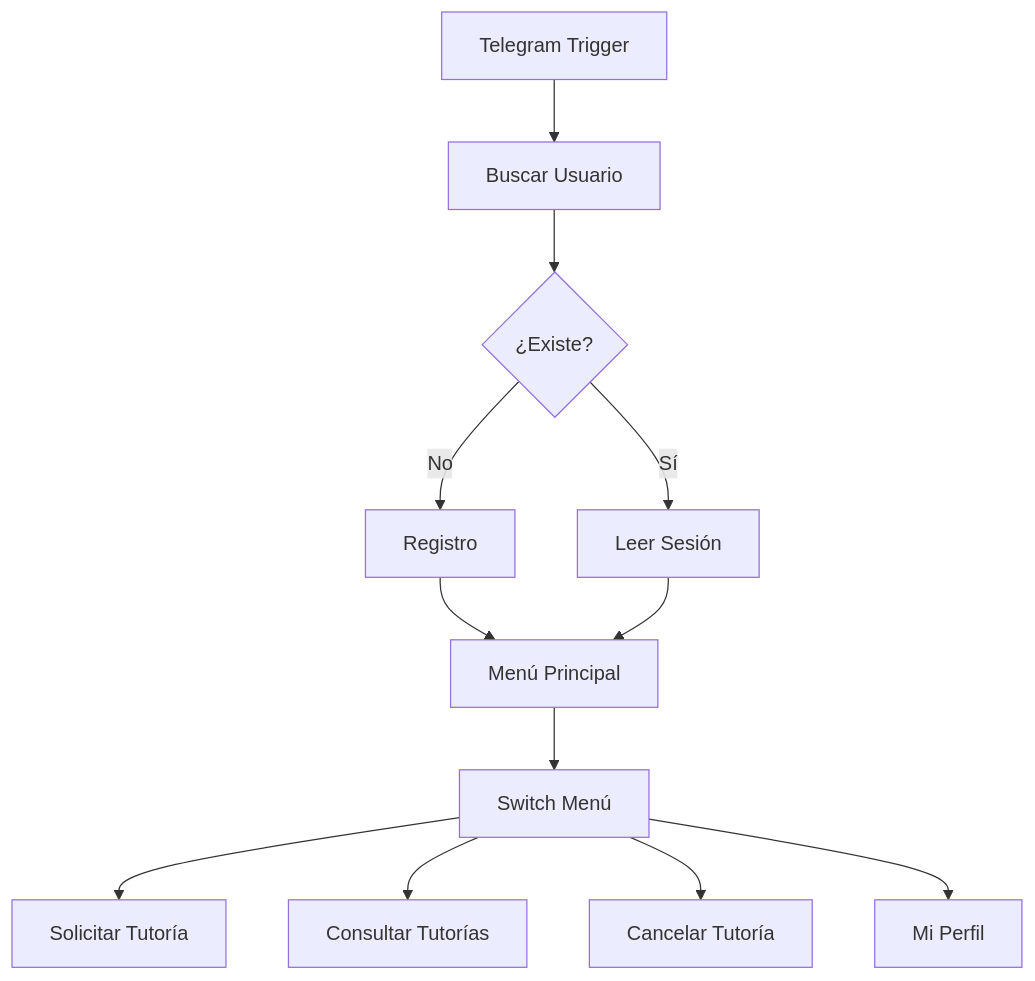
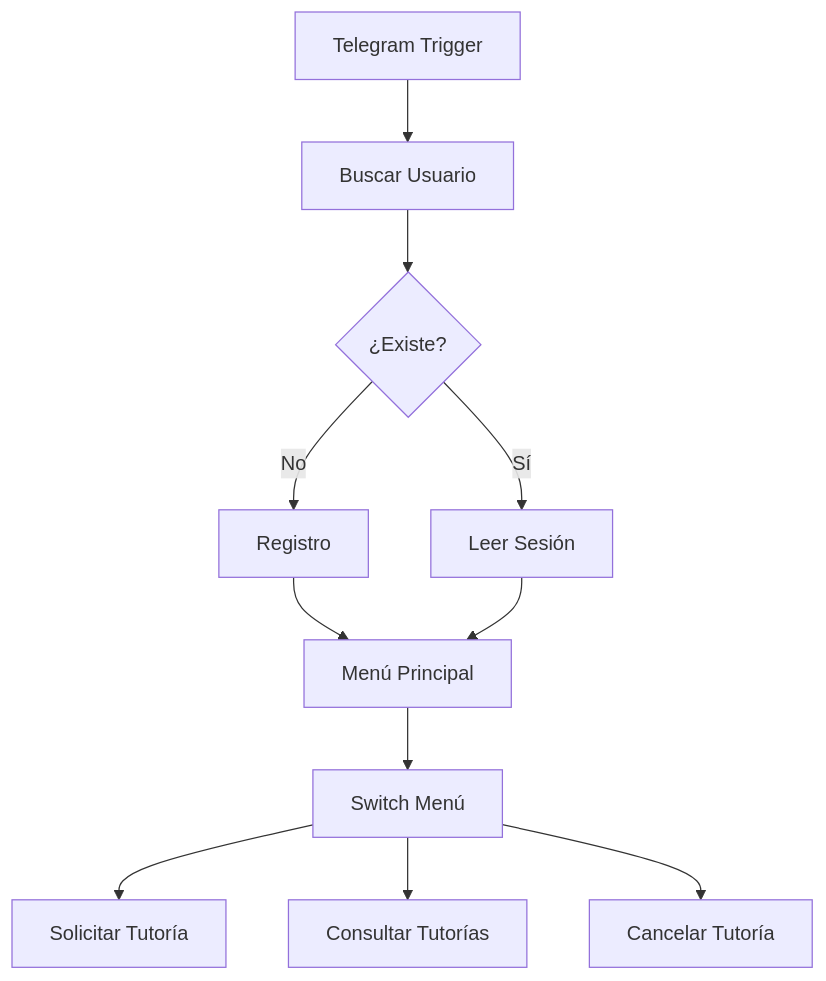
One commit to ixenbrandonestiben-lang/Proyecto_TutorBot_Ixen-Estiben-y-Catu-wilder changed the first of 3 diagrams in README.md. Above: the diagram before and after it, drawn with Mermaid. The commit also changed other lines of this file and 7 other files, not shown here.

````diff
--- a/README.md
+++ b/README.md
@@ -124,27 +117,26 @@
 ```mermaid
 flowchart TD
 
 A[Telegram Trigger]
 
 A --> B[Buscar Usuario]
 
 B --> C{¿Existe?}
 
 C -->|No| D[Registro]
 
 C -->|Sí| E[Leer Sesión]
 
 D --> F[Menú Principal]
 
 E --> F
 
 F --> G[Switch Menú]
 
 G --> H[Solicitar Tutoría]
 
 G --> I[Consultar Tutorías]
 
 G --> J[Cancelar Tutoría]
 
-G --> K[Mi Perfil]
 ```
````
